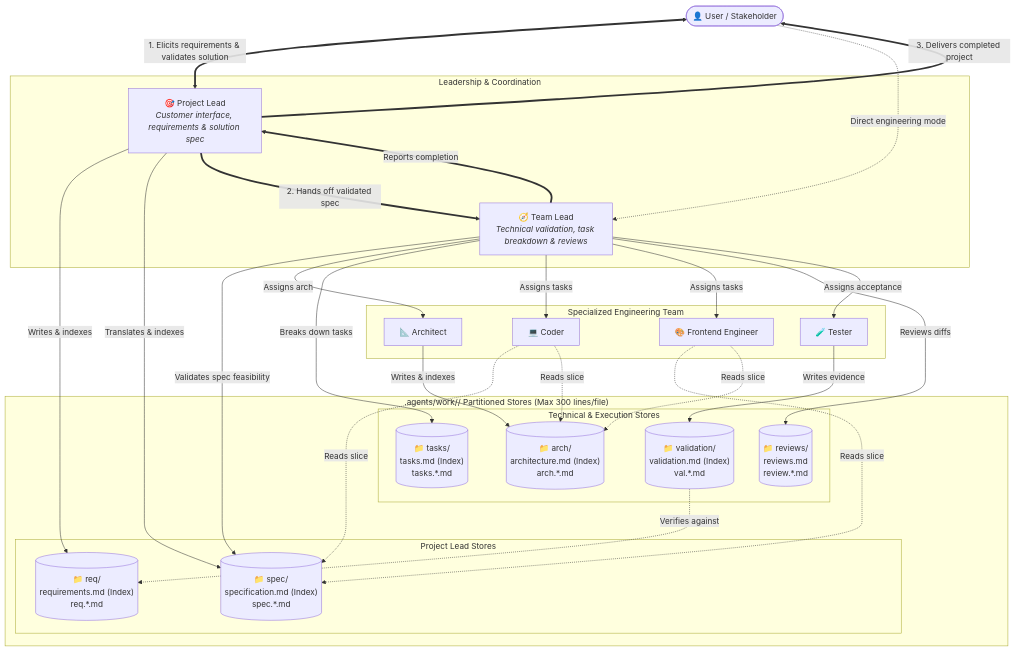
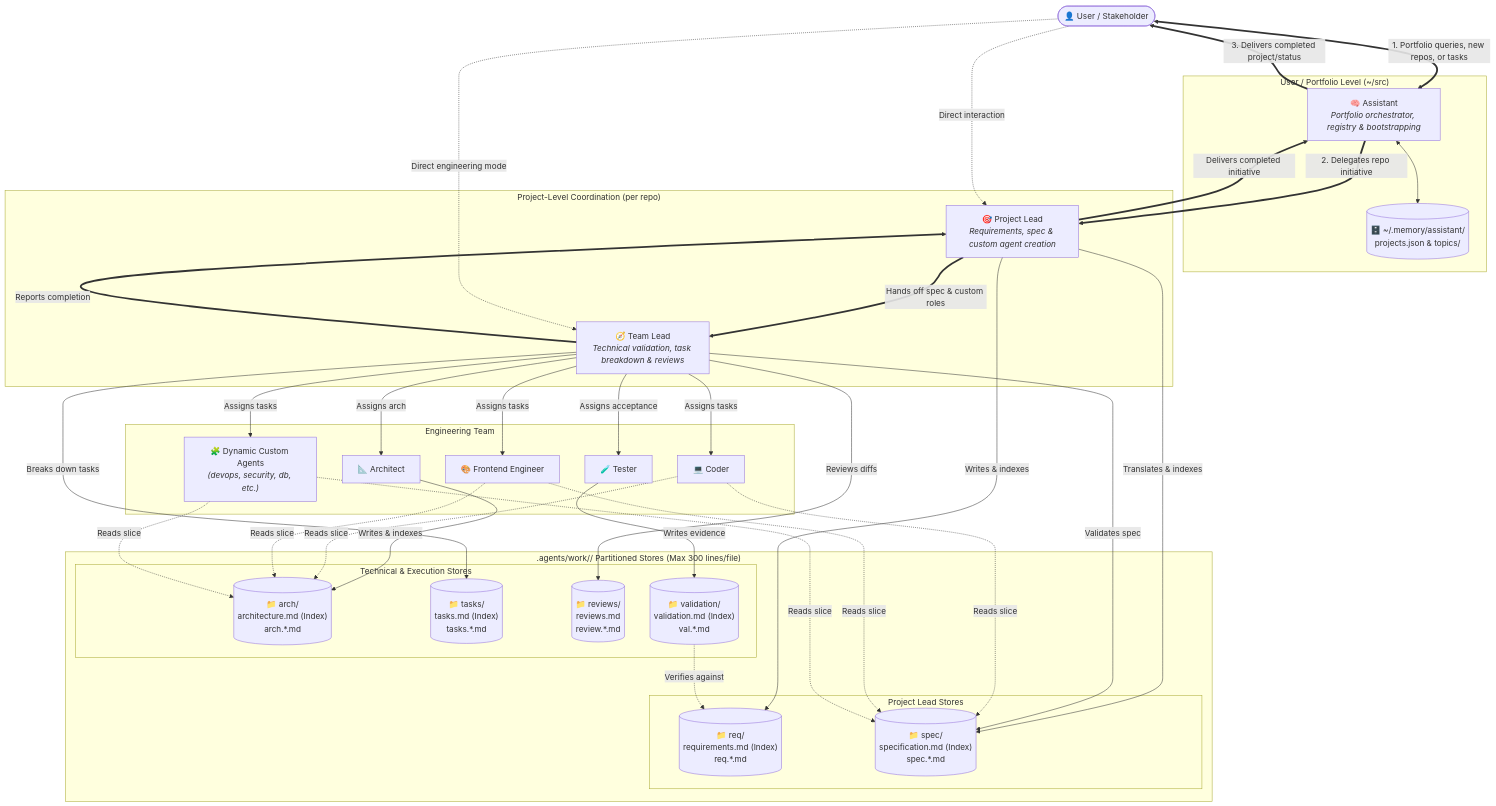
Before and after one commit to mkArtak/agents-and-skills: the diagram in README.md, drawn with Mermaid. The commit also changed other lines of this file and 16 other files, not shown here.

First line of the commit message:
feat: add portfolio orchestration, project bootstrapping, and dynamic custom agent creation

````diff
--- a/README.md
+++ b/README.md
@@ -92,58 +90,64 @@
 ```mermaid
 flowchart TD
     User(["👤 User / Stakeholder"])
 
-    subgraph Coordination ["Leadership & Coordination"]
-        PL["🎯 Project Lead<br/><i>Customer interface, requirements & solution spec</i>"]
+    subgraph Portfolio ["User / Portfolio Level (~/src)"]
+        AST["🧠 Assistant<br/><i>Portfolio orchestrator, registry & bootstrapping</i>"]
+        PORT_MEM[("🗄️ ~/.memory/assistant/<br/>projects.json & topics/")]
+    end
+
+    subgraph Coordination ["Project-Level Coordination (per repo)"]
+        PL["🎯 Project Lead<br/><i>Requirements, spec & custom agent creation</i>"]
         TL["🧭 Team Lead<br/><i>Technical validation, task breakdown & reviews</i>"]
     end
 
     subgraph Storage [".agents/work/<slug>/ Partitioned Stores (Max 300 lines/file)"]
         subgraph S_PL ["Project Lead Stores"]
             REQ[("📁 req/<br/>requirements.md (Index)<br/>req.*.md")]
             SPEC[("📁 spec/<br/>specification.md (Index)<br/>spec.*.md")]
         end
         subgraph S_TECH ["Technical & Execution Stores"]
             ARCH_S[("📁 arch/<br/>architecture.md (Index)<br/>arch.*.md")]
             TASKS_S[("📁 tasks/<br/>tasks.md (Index)<br/>tasks.*.md")]
             REVIEWS_S[("📁 reviews/<br/>reviews.md<br/>review.*.md")]
             VAL_S[("📁 validation/<br/>validation.md (Index)<br/>val.*.md")]
         end
     end
 
-    subgraph Execution ["Specialized Engineering Team"]
+    subgraph Execution ["Engineering Team"]
         ARCH["📐 Architect"]
         CODE["💻 Coder"]
         FE["🎨 Frontend Engineer"]
         TEST["🧪 Tester"]
+        CUSTOM["🧩 Dynamic Custom Agents<br/><i>(devops, security, db, etc.)</i>"]
     end
 
-    %% User Interaction & Spec Definition
-    User <==>|"1. Elicits requirements & validates solution"| PL
+    %% Portfolio & User Flow
+    User <==>|"1. Portfolio queries, new repos, or tasks"| AST
+    AST <--> PORT_MEM
+    AST ==>|"2. Delegates repo initiative"| PL
+    User -.->|"Direct interaction"| PL
+
+    %% Requirements & Specs
     PL -->|"Writes & indexes"| REQ
     PL -->|"Translates & indexes"| SPEC
+    PL ==>|"Hands off spec & custom roles"| TL
 
-    %% Hand-off to Team Lead
-    PL ==>|"2. Hands off validated spec"| TL
-    TL -->|"Validates spec feasibility"| SPEC
-
-    %% Technical Execution & Authoring
+    %% Technical Execution
+    TL -->|"Validates spec"| SPEC
     TL -->|"Assigns arch"| ARCH
     ARCH -->|"Writes & indexes"| ARCH_S
-
     TL -->|"Breaks down tasks"| TASKS_S
-    TL -->|"Assigns tasks"| CODE & FE
-    CODE & FE -.->|"Reads slice"| SPEC & ARCH_S
-
+    TL -->|"Assigns tasks"| CODE & FE & CUSTOM
+    CODE & FE & CUSTOM -.->|"Reads slice"| SPEC & ARCH_S
     TL -->|"Reviews diffs"| REVIEWS_S
     TL -->|"Assigns acceptance"| TEST
     TEST -->|"Writes evidence"| VAL_S
     VAL_S -.->|"Verifies against"| REQ
 
     %% Completion & Escalation
     TL ==>|"Reports completion"| PL
-    PL ==>|"3. Delivers completed project"| User
-
-    %% Direct entry point
+    PL ==>|"Delivers completed initiative"| AST
+    AST ==>|"3. Delivers completed project/status"| User
     User -.->|"Direct engineering mode"| TL
 ```
````
